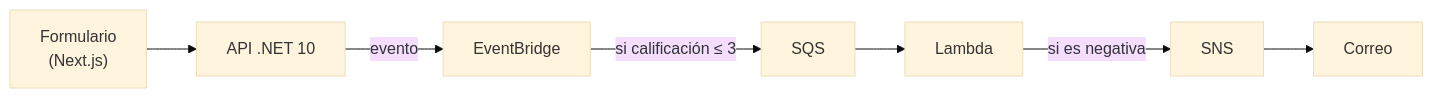
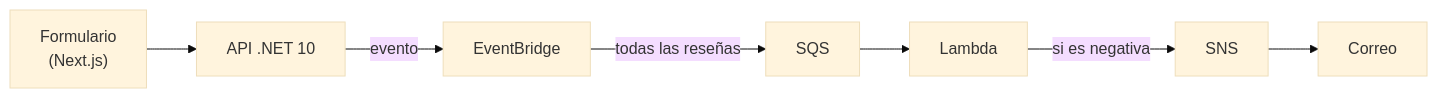
One commit to hernangonzalez93/WorkingEvents changed the diagram in docs/ARQUITECTURA.md. Above: the diagram before and after it, drawn with Mermaid (base theme). The commit also changed other lines of this file and 9 other files, not shown here.

````diff
--- a/docs/ARQUITECTURA.md
+++ b/docs/ARQUITECTURA.md
@@ -24,9 +24,9 @@
 ```mermaid
 flowchart LR
     W["Formulario<br/>(Next.js)"] --> A["API .NET 10"]
     A -->|evento| EB["EventBridge"]
-    EB -->|"si calificación ≤ 3"| Q["SQS"]
+    EB -->|todas las reseñas| Q["SQS"]
     Q --> L["Lambda"]
     L -->|si es negativa| SNS["SNS"]
     SNS --> M["Correo"]
 ```
````
